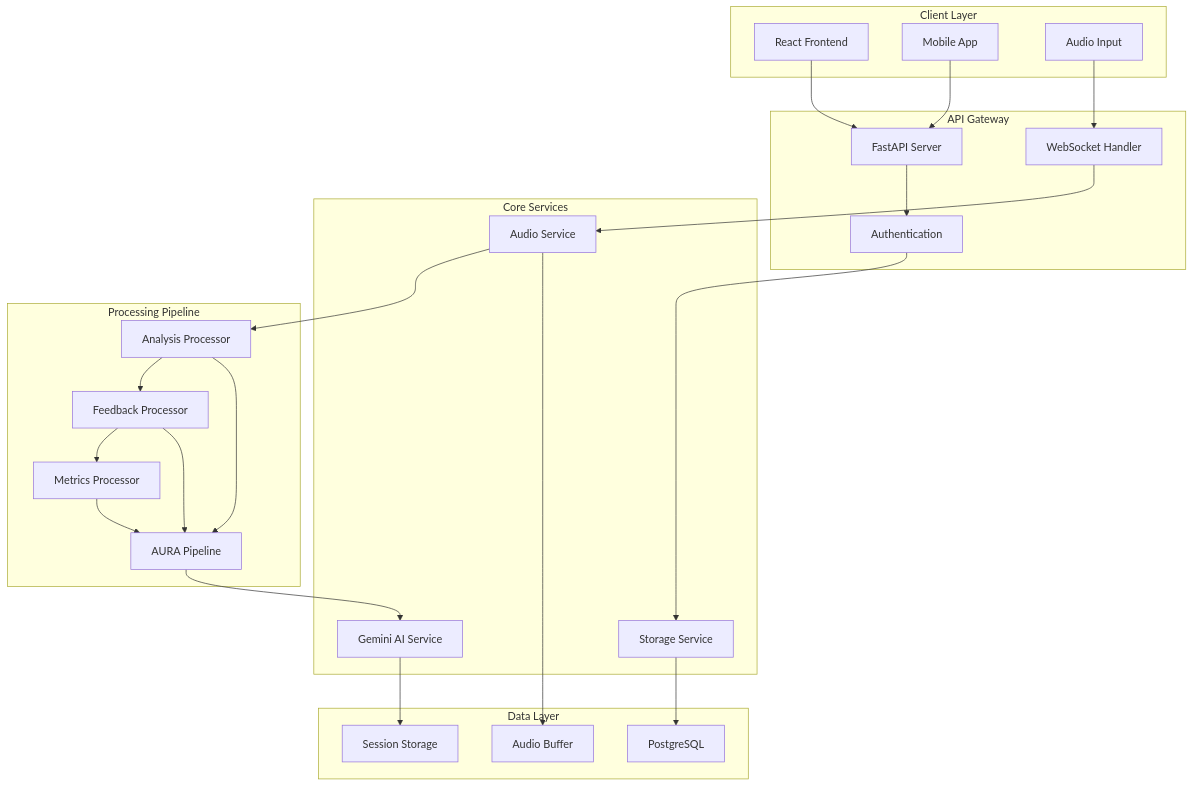
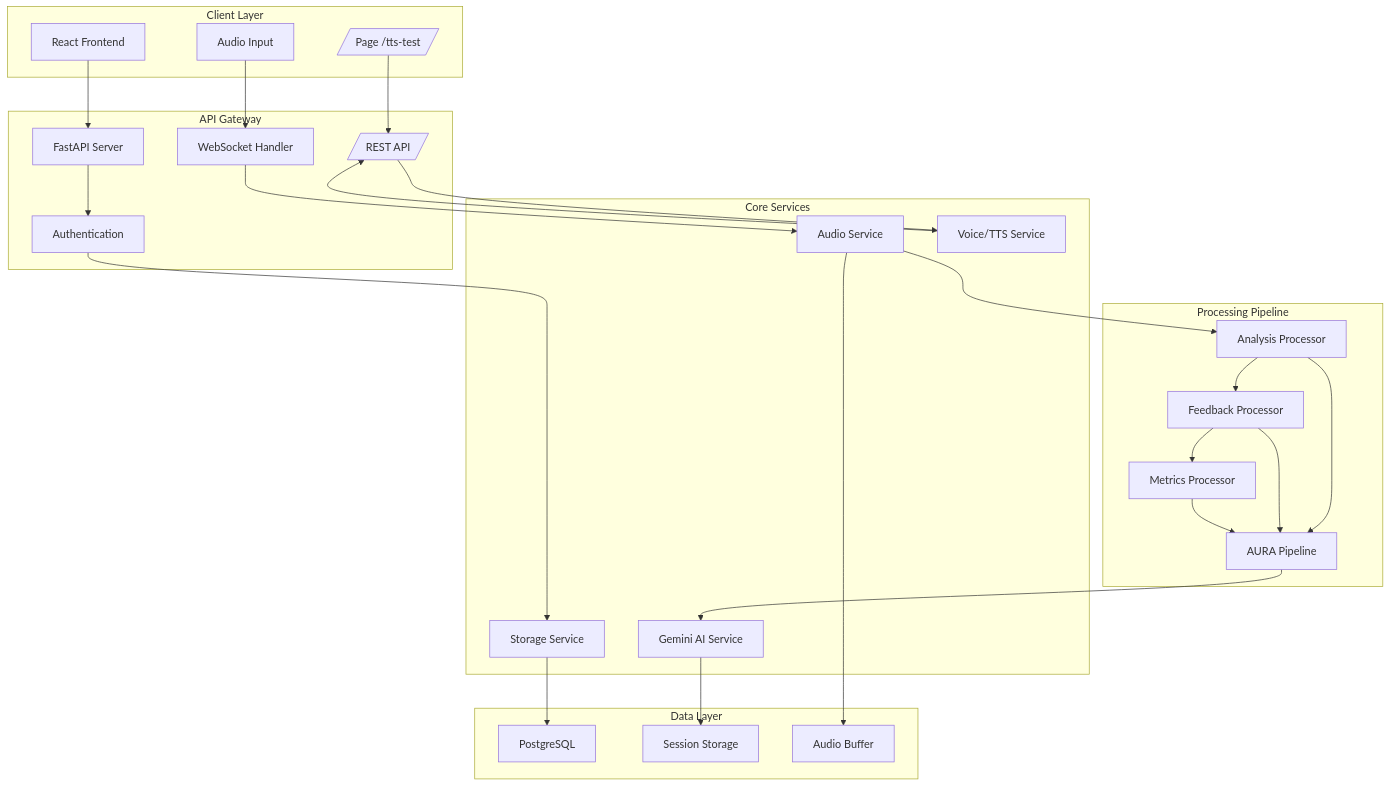
The first of 3 diagrams in README.md (valak74200/AURA), drawn with Mermaid before and after one commit. The commit also changed other lines of this file, not shown here.

Commit message:
feat: Update README to include TTS subsystem diagrams and enhance audio processing pipeline details

````diff
--- a/README.md
+++ b/README.md
@@ -51,50 +51,54 @@
 ```mermaid
 graph TB
     subgraph "Client Layer"
-        A[React Frontend] 
-        B[Mobile App]
+        A[React Frontend]
         C[Audio Input]
+        U[/Page /tts-test/]
     end
     
     subgraph "API Gateway"
         D[FastAPI Server]
         E[WebSocket Handler]
         F[Authentication]
+        R[/REST API/]
     end
     
     subgraph "Core Services"
         G[Audio Service]
         H[Storage Service]
         I[Gemini AI Service]
+        V[Voice/TTS Service]
     end
     
     subgraph "Processing Pipeline"
         J[Analysis Processor]
         K[Feedback Processor]
         L[Metrics Processor]
         M[AURA Pipeline]
     end
     
     subgraph "Data Layer"
         N[PostgreSQL]
         O[Session Storage]
         P[Audio Buffer]
     end
     
     A --> D
-    B --> D
+    U --> R
     C --> E
     D --> F
+    R --> V
     E --> G
     F --> H
     G --> J
     J --> K
     K --> L
-    M --> I
     J --> M
     K --> M
     L --> M
+    M --> I
     H --> N
     G --> P
     I --> O
+    V --> R
 ```
````
